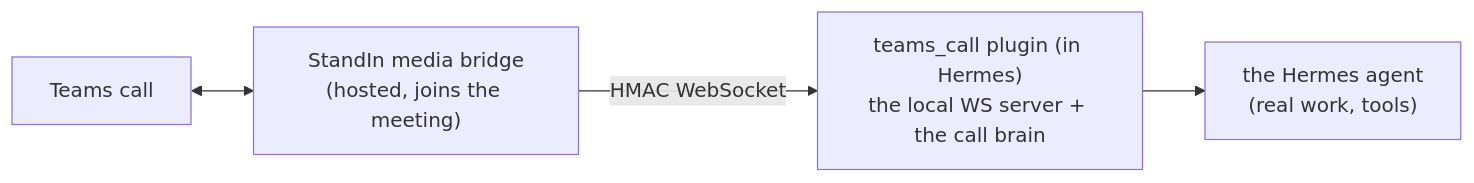
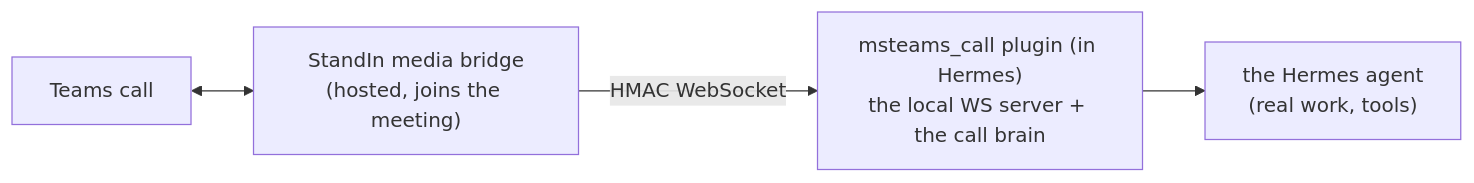
Before and after one commit to komaa-com/hermes-msteams-bridge: the diagram in website/src/content/docs/index.mdx, drawn with Mermaid. The commit also changed other lines of this file and 8 other files, not shown here.

````diff
--- a/website/src/content/docs/index.mdx
+++ b/website/src/content/docs/index.mdx
@@ -38,10 +38,10 @@
 ```mermaid
 flowchart LR
     Teams["Teams call"]
     Bridge["StandIn media bridge<br/>(hosted, joins the meeting)"]
-    Plugin["teams_call plugin (in Hermes)<br/>the local WS server + the call brain"]
+    Plugin["msteams_call plugin (in Hermes)<br/>the local WS server + the call brain"]
     Agent["the Hermes agent<br/>(real work, tools)"]
     Teams <--> Bridge
     Bridge -->|HMAC WebSocket| Plugin
     Plugin --> Agent
 ```
````
